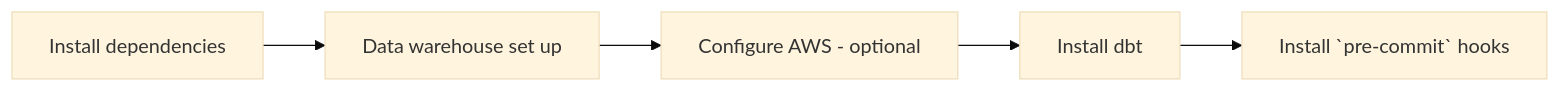
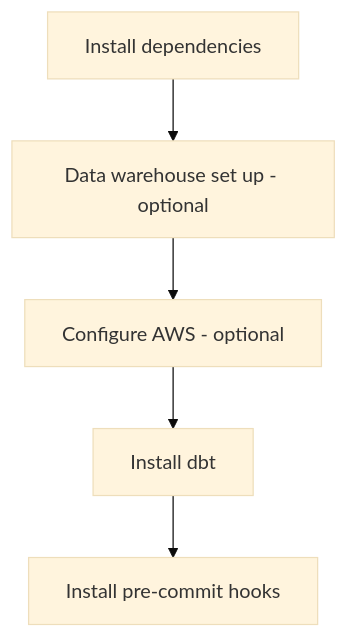
The diagram in docs/data-transformation/local-repo-setup.md (cagov/caldata-mdsa-training), drawn with Mermaid (base theme) before and after one commit. The commit also changed other lines of this file and 1 other file, not shown here.

````diff
--- a/docs/data-transformation/local-repo-setup.md
+++ b/docs/data-transformation/local-repo-setup.md
@@ -7,10 +7,10 @@
 ```mermaid
-flowchart LR
+flowchart TD
     a[Install dependencies]
-    b[Data warehouse set up]
+    b[Data warehouse set up - optional]
     c[Configure AWS - optional]
     d[Install dbt]
-    e[Install `pre-commit` hooks]
+    e[Install pre-commit hooks]
     a --> b --> c --> d --> e
 
 ```
````
